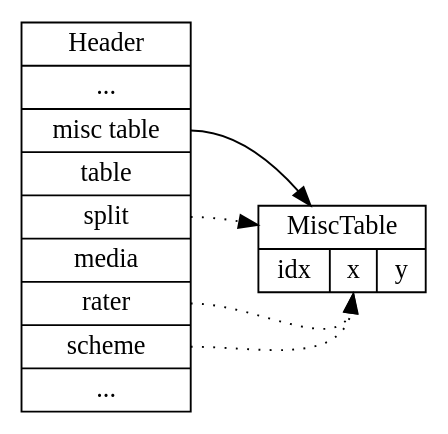
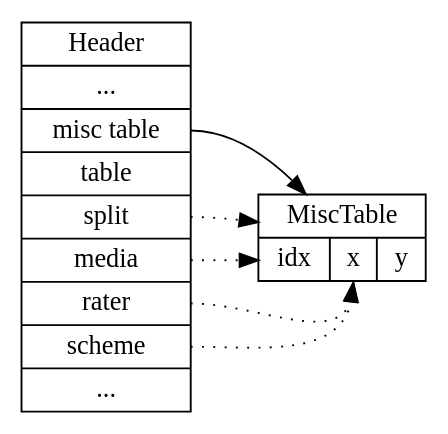
One commit to audeering/audformat changed the diagram in docs/pics/audformat-misc-table.dot. Above: the diagram before and after it, drawn with Graphviz.

Commit message:
Use media for misc table

```diff
--- a/docs/pics/audformat-misc-table.dot
+++ b/docs/pics/audformat-misc-table.dot
@@ -1,14 +1,15 @@
 digraph structs {
 
     rankdir=LR
     node[shape=record]
 
-    header [label="Header | ... | <misctable> misc table | <table> table | <split> split | media | <rater> rater | <scheme> scheme | ... "]
-    table [label="MiscTable | { idx | <column> x | y }"]
+    header [label="Header | ... | <misctable> misc table | <table> table | <split> split | <media> media | <rater> rater | <scheme> scheme | ... "]
+    table [label="MiscTable | { <idx> idx | <column> x | y }"]
 
     header:split -> table [style="dotted"]
+    header:media -> table:idx [style="dotted"]
     header:rater -> table:column [style="dotted"]
     header:scheme -> table:column [style="dotted"]
     header:misctable -> table
 
 }
```
